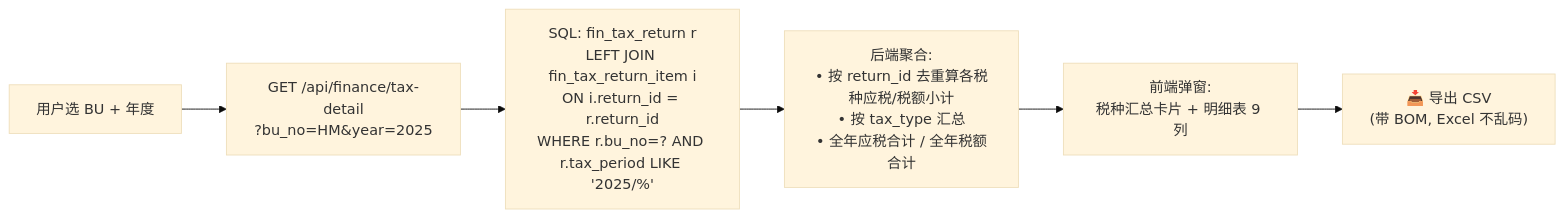
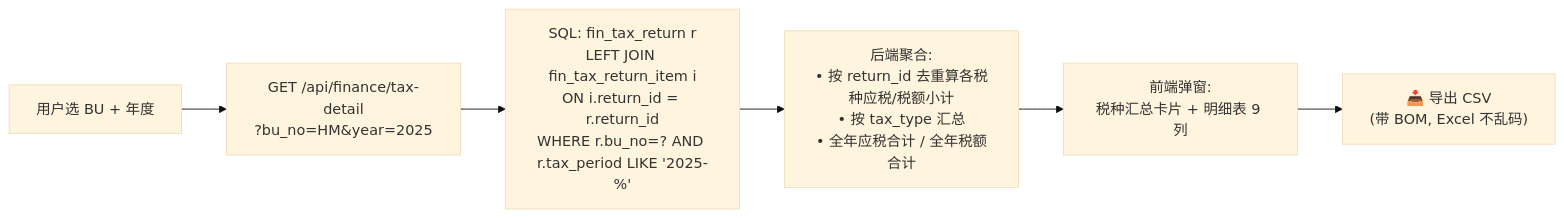
One commit to rocky1953/ERMM-finance-system changed the fifth of 13 diagrams in docs/ERMM_系統架構與模組資料表關係圖.md. Above: the diagram before and after it, drawn with Mermaid (base theme). The commit also changed other lines of this file and 80 other files, not shown here.

First line of the commit message:
feat: ERP 制造四表、导入模板与系统架构图

````diff
--- a/docs/ERMM_系統架構與模組資料表關係圖.md
+++ b/docs/ERMM_系統架構與模組資料表關係圖.md
@@ -343,8 +348,8 @@
 ```mermaid
 flowchart LR
     U["用户选 BU + 年度"] --> A["GET /api/finance/tax-detail<br/>?bu_no=HM&year=2025"]
-    A --> SQL["SQL: fin_tax_return r<br/>LEFT JOIN fin_tax_return_item i<br/>ON i.return_id = r.return_id<br/>WHERE r.bu_no=? AND r.tax_period LIKE '2025/%'"]
+    A --> SQL["SQL: fin_tax_return r<br/>LEFT JOIN fin_tax_return_item i<br/>ON i.return_id = r.return_id<br/>WHERE r.bu_no=? AND r.tax_period LIKE '2025-%'"]
     SQL --> AGG["后端聚合:<br/>• 按 return_id 去重算各税种应税/税额小计<br/>• 按 tax_type 汇总<br/>• 全年应税合计 / 全年税额合计"]
     AGG --> UI["前端弹窗:<br/>税种汇总卡片 + 明细表 9 列"]
     UI --> EXP["📥 导出 CSV<br/>(带 BOM, Excel 不乱码)"]
 ```
````
